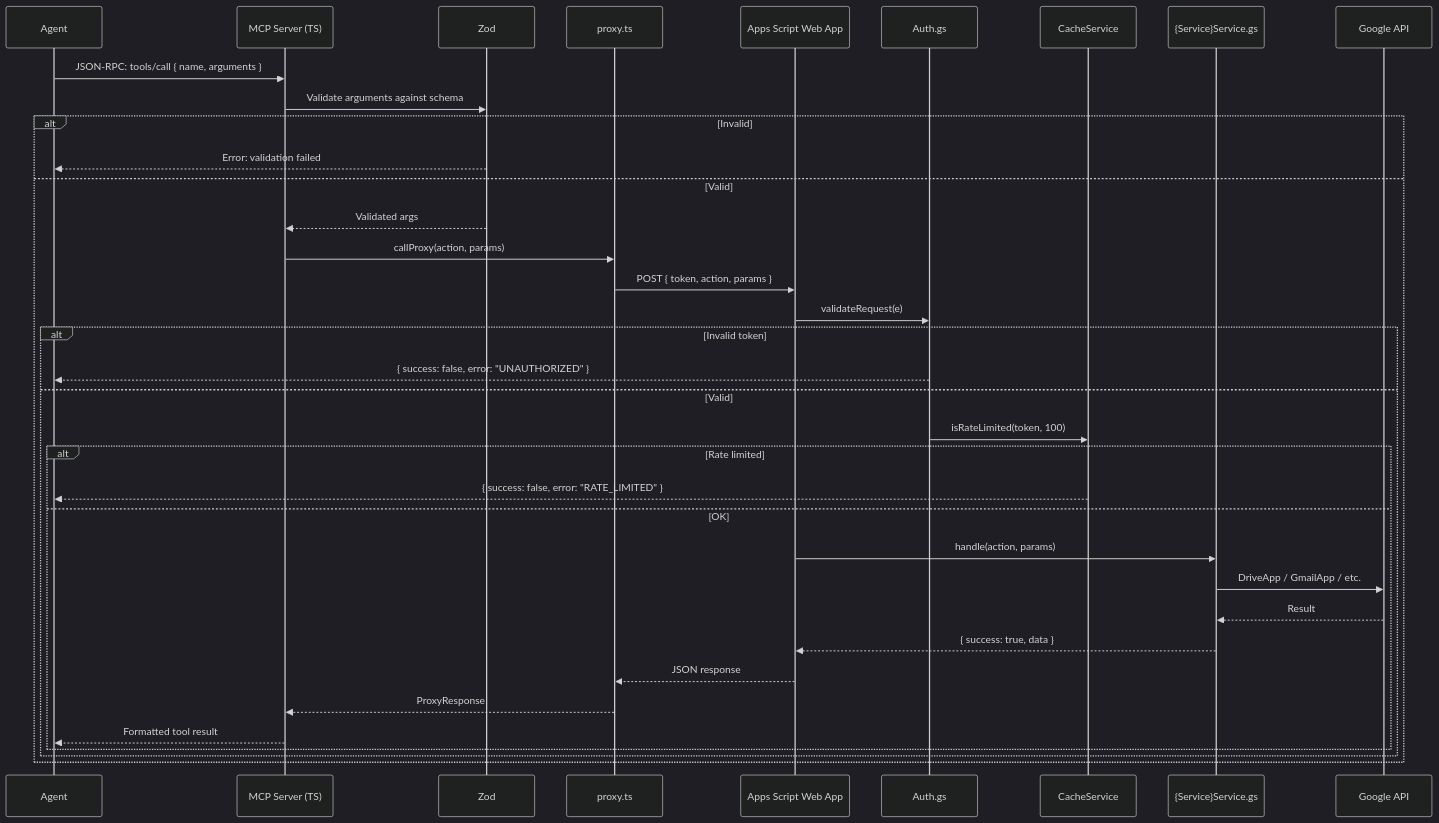
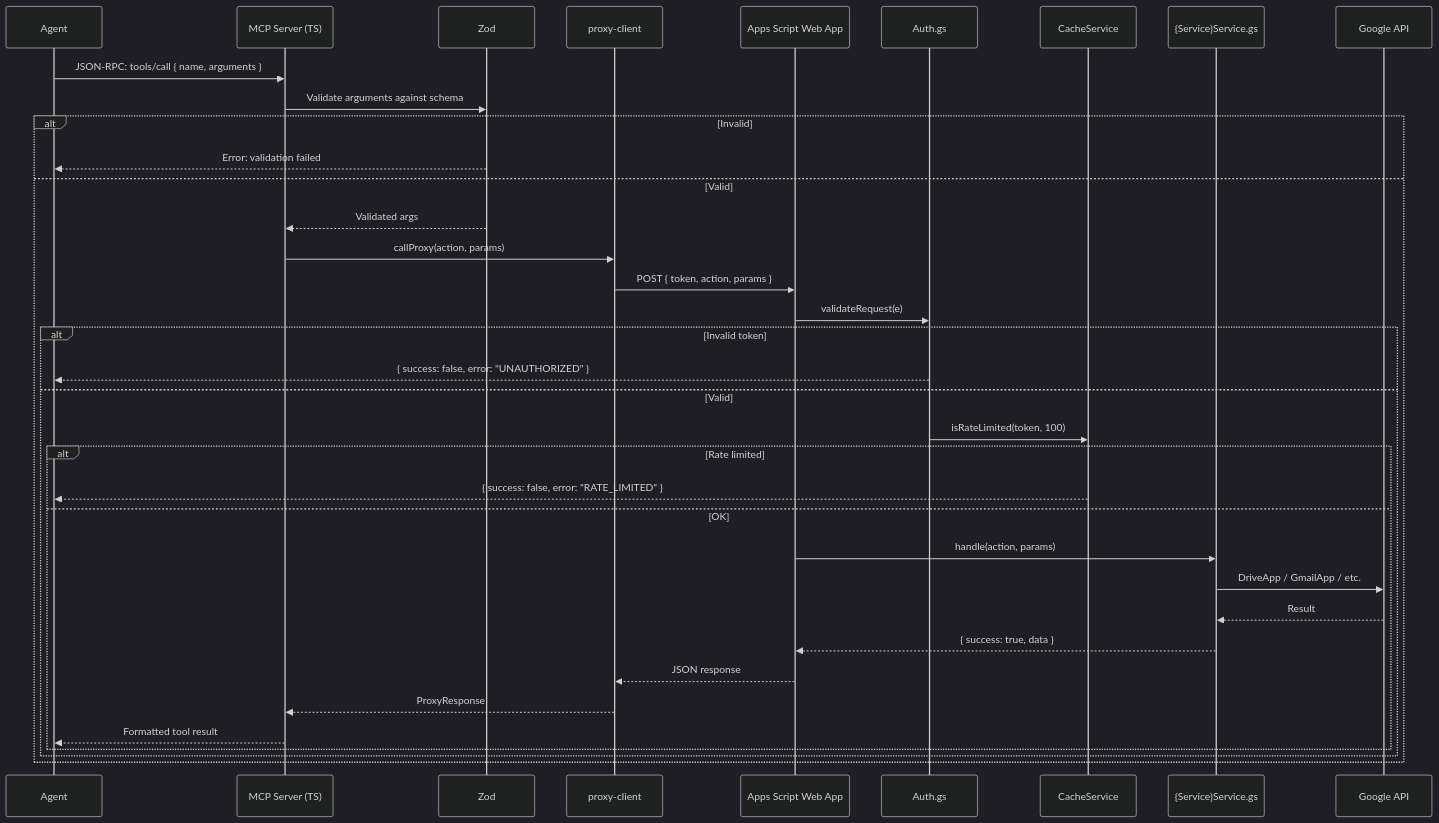
One commit to joe-broadhead/workspace-lite changed the second of 2 diagrams in docs/architecture/overview.md. Above: the diagram before and after it, drawn with Mermaid (dark theme). The commit also changed other lines of this file and 16 other files, not shown here.

````diff
--- a/docs/architecture/overview.md
+++ b/docs/architecture/overview.md
@@ -251,39 +258,39 @@
 ```mermaid
 sequenceDiagram
     participant Agent
     participant Server as MCP Server (TS)
     participant Zod
-    participant Proxy as proxy.ts
+    participant Proxy as proxy-client
     participant WebApp as Apps Script Web App
     participant Auth as Auth.gs
     participant Cache as CacheService
     participant Service as {Service}Service.gs
     participant API as Google API
 
     Agent->>Server: JSON-RPC: tools/call { name, arguments }
     Server->>Zod: Validate arguments against schema
     alt Invalid
         Zod-->>Agent: Error: validation failed
     else Valid
         Zod-->>Server: Validated args
         Server->>Proxy: callProxy(action, params)
         Proxy->>WebApp: POST { token, action, params }
         WebApp->>Auth: validateRequest(e)
         alt Invalid token
             Auth-->>Agent: { success: false, error: "UNAUTHORIZED" }
         else Valid
             Auth->>Cache: isRateLimited(token, 100)
             alt Rate limited
                 Cache-->>Agent: { success: false, error: "RATE_LIMITED" }
             else OK
                 WebApp->>Service: handle(action, params)
                 Service->>API: DriveApp / GmailApp / etc.
                 API-->>Service: Result
                 Service-->>WebApp: { success: true, data }
                 WebApp-->>Proxy: JSON response
                 Proxy-->>Server: ProxyResponse
                 Server-->>Agent: Formatted tool result
             end
         end
     end
 ```
````
